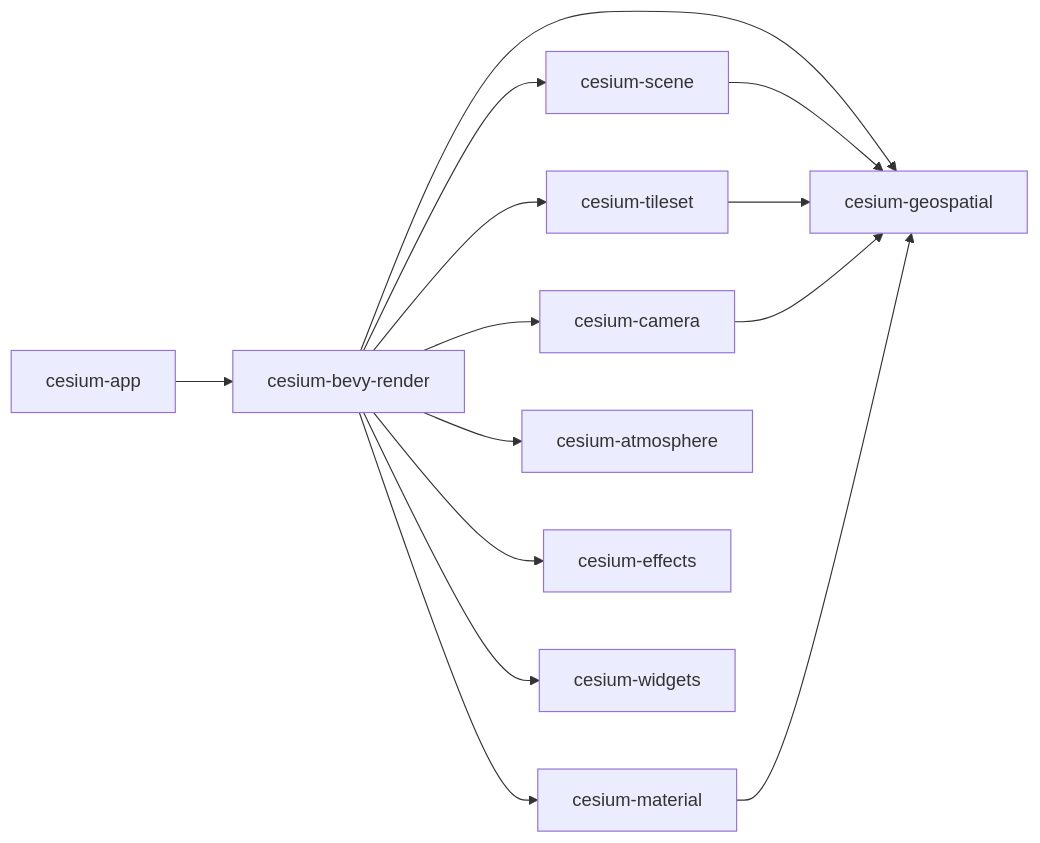
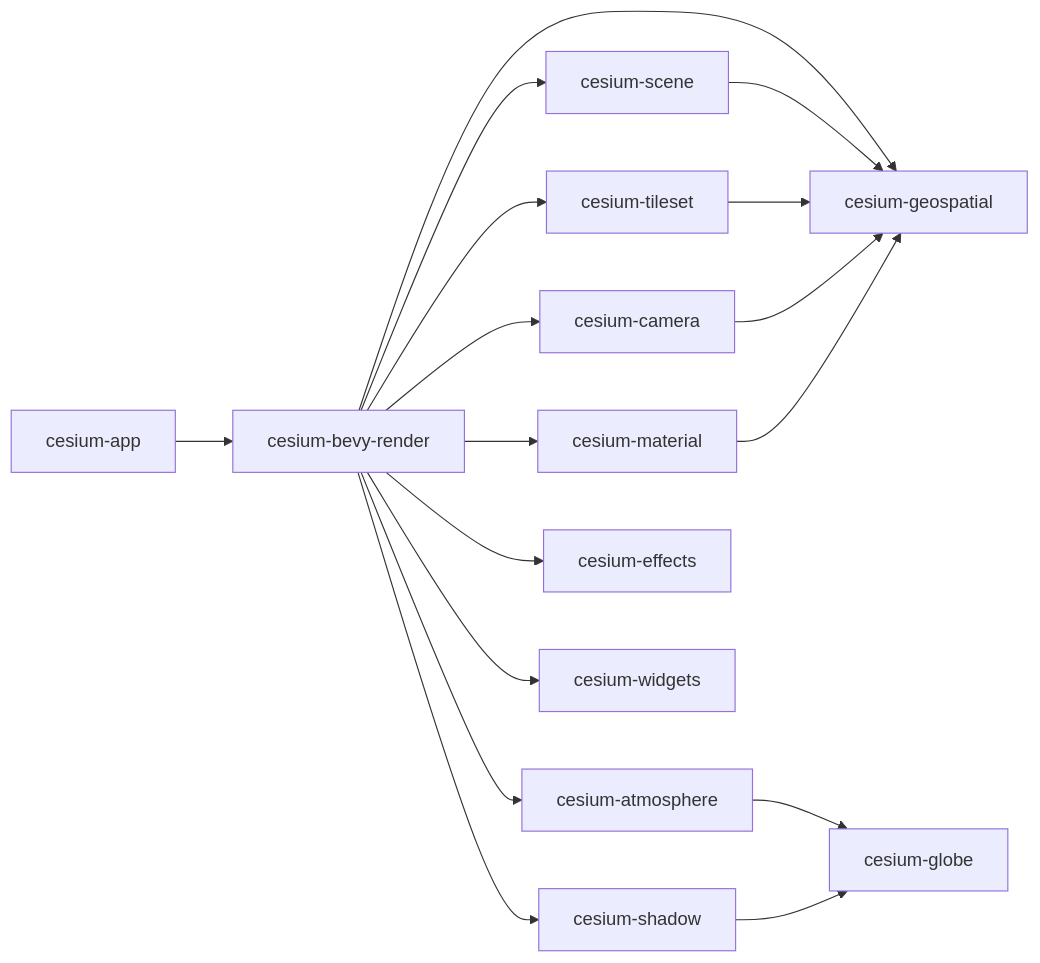
Before and after one commit to rzhangjing/cesium: the fourth of 4 diagrams in .qoder/repowiki/zh/content/项目概述/核心特性/3D渲染引擎/Bevy渲染适配器.md, drawn with Mermaid. The commit also changed other lines of this file and 9 other files, not shown here.

````diff
--- a/.qoder/repowiki/zh/content/项目概述/核心特性/3D渲染引擎/Bevy渲染适配器.md
+++ b/.qoder/repowiki/zh/content/项目概述/核心特性/3D渲染引擎/Bevy渲染适配器.md
@@ -302,16 +344,19 @@
 ```mermaid
 graph LR
 App["cesium-app"] --> Render["cesium-bevy-render"]
 Render --> Scene["cesium-scene"]
 Render --> Tileset["cesium-tileset"]
 Render --> Camera["cesium-camera"]
 Render --> Geospatial["cesium-geospatial"]
 Render --> Material["cesium-material"]
 Render --> Atmosphere["cesium-atmosphere"]
 Render --> Effects["cesium-effects"]
 Render --> Widgets["cesium-widgets"]
+Render --> Shadow["cesium-shadow"]
 Scene --> Geospatial
 Tileset --> Geospatial
 Camera --> Geospatial
 Material --> Geospatial
+Atmosphere --> Globe["cesium-globe"]
+Shadow --> Globe
 ```
````
